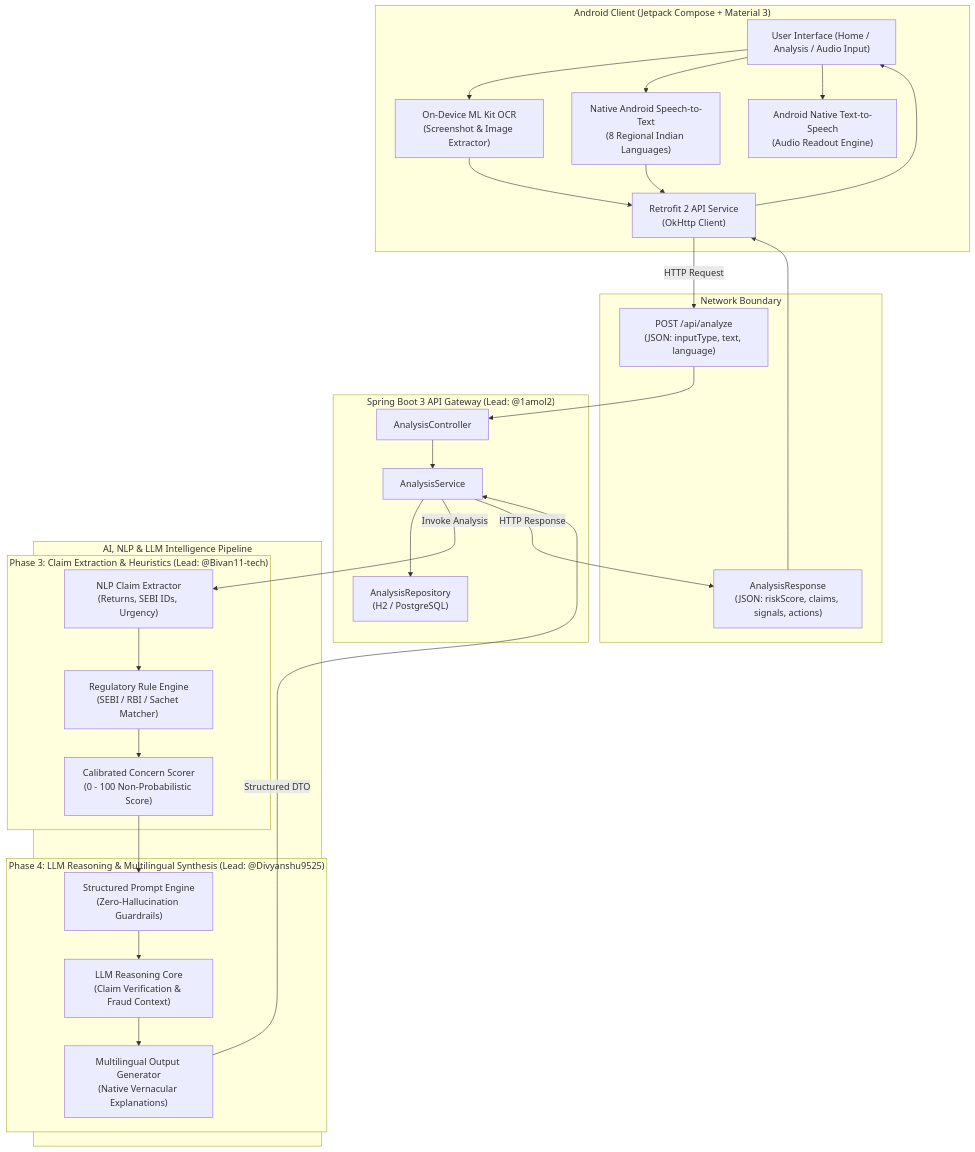
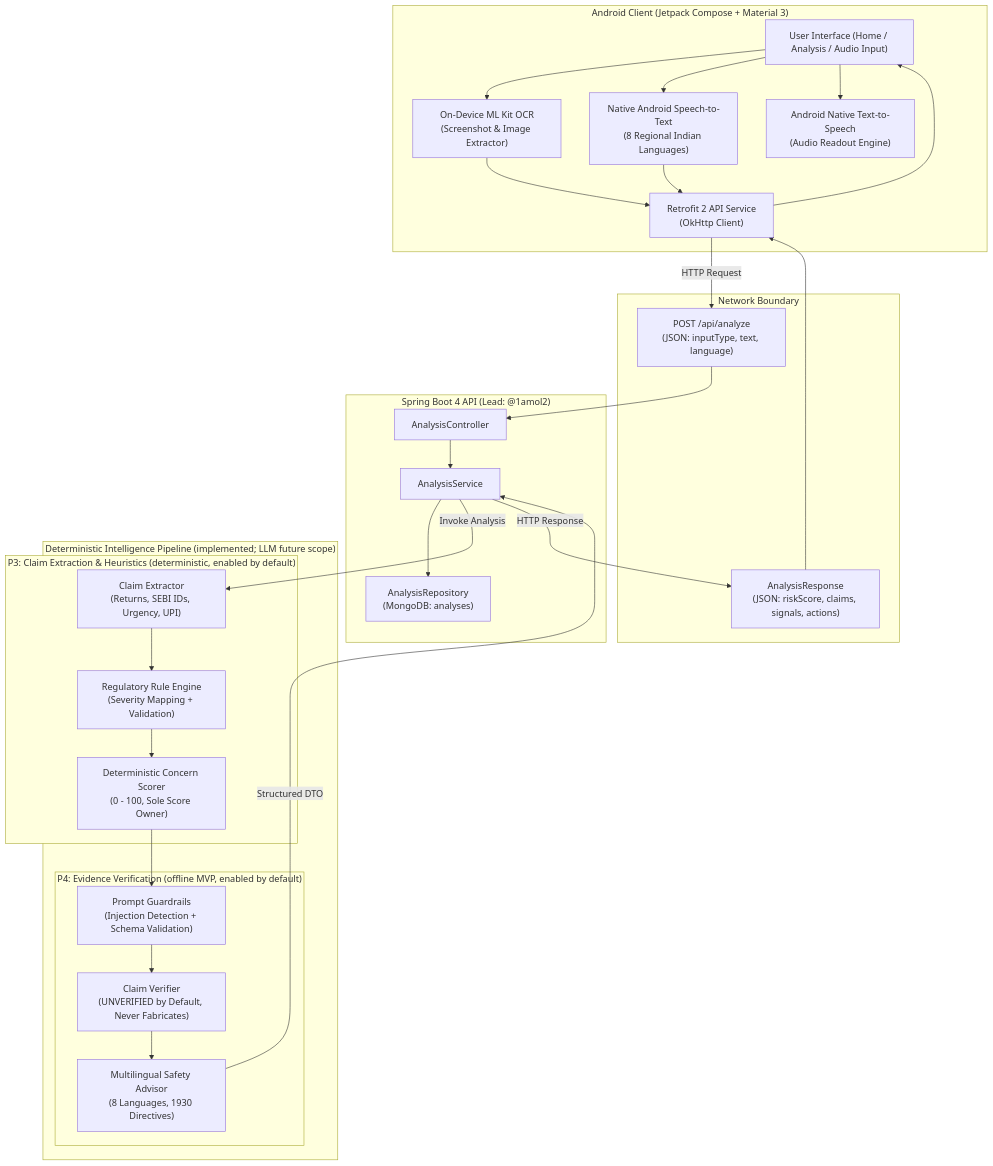
The diagram in README.md (mohitaggarwal10940-ui/Satark), drawn with Mermaid before and after one commit. The commit also changed other lines of this file and 54 other files, not shown here.

First line of the commit message:
feat(backend): deterministic P3/P4 analysis pipeline with risk engine, enabled by default

````diff
--- a/README.md
+++ b/README.md
@@ -47,52 +47,52 @@
 ```mermaid
 flowchart TD
     subgraph Client ["Android Client (Jetpack Compose + Material 3)"]
         UI["User Interface (Home / Analysis / Audio Input)"]
         OCR["On-Device ML Kit OCR\n(Screenshot & Image Extractor)"]
         STT["Native Android Speech-to-Text\n(8 Regional Indian Languages)"]
         TTS["Android Native Text-to-Speech\n(Audio Readout Engine)"]
         NET["Retrofit 2 API Service\n(OkHttp Client)"]
 
         UI --> OCR
         UI --> STT
         OCR --> NET
         STT --> NET
         NET --> UI
         UI --> TTS
     end
 
     subgraph Network ["Network Boundary"]
         REQ["POST /api/analyze\n(JSON: inputType, text, language)"]
         RESP["AnalysisResponse\n(JSON: riskScore, claims, signals, actions)"]
     end
 
-    subgraph Backend ["Spring Boot 3 API Gateway (Lead: @1amol2)"]
+    subgraph Backend ["Spring Boot 4 API (Lead: @1amol2)"]
         CTRL["AnalysisController"]
         SRV["AnalysisService"]
-        REPO["AnalysisRepository\n(H2 / PostgreSQL)"]
+        REPO["AnalysisRepository\n(MongoDB: analyses)"]
         CTRL --> SRV
         SRV --> REPO
     end
 
-    subgraph AIEngine ["AI, NLP & LLM Intelligence Pipeline"]
-        subgraph P3 ["Phase 3: Claim Extraction & Heuristics (Lead: @Bivan11-tech)"]
-            EXT["NLP Claim Extractor\n(Returns, SEBI IDs, Urgency)"]
-            RULE["Regulatory Rule Engine\n(SEBI / RBI / Sachet Matcher)"]
-            SCORE["Calibrated Concern Scorer\n(0 - 100 Non-Probabilistic Score)"]
+    subgraph AIEngine ["Deterministic Intelligence Pipeline (implemented; LLM future scope)"]
+        subgraph P3 ["P3: Claim Extraction & Heuristics (deterministic, enabled by default)"]
+            EXT["Claim Extractor\n(Returns, SEBI IDs, Urgency, UPI)"]
+            RULE["Regulatory Rule Engine\n(Severity Mapping + Validation)"]
+            SCORE["Deterministic Concern Scorer\n(0 - 100, Sole Score Owner)"]
         end
 
-        subgraph P4 ["Phase 4: LLM Reasoning & Multilingual Synthesis (Lead: @Divyanshu9525)"]
-            PROMPT["Structured Prompt Engine\n(Zero-Hallucination Guardrails)"]
-            LLM["LLM Reasoning Core\n(Claim Verification & Fraud Context)"]
-            LANG["Multilingual Output Generator\n(Native Vernacular Explanations)"]
+        subgraph P4 ["P4: Evidence Verification (offline MVP, enabled by default)"]
+            PROMPT["Prompt Guardrails\n(Injection Detection + Schema Validation)"]
+            LLM["Claim Verifier\n(UNVERIFIED by Default, Never Fabricates)"]
+            LANG["Multilingual Safety Advisor\n(8 Languages, 1930 Directives)"]
         end
 
         EXT --> RULE --> SCORE
         SCORE --> PROMPT --> LLM --> LANG
     end
 
     NET -->|HTTP Request| REQ --> CTRL
     SRV -->|Invoke Analysis| EXT
     LANG -->|Structured DTO| SRV
     SRV -->|HTTP Response| RESP --> NET
 ```
````
